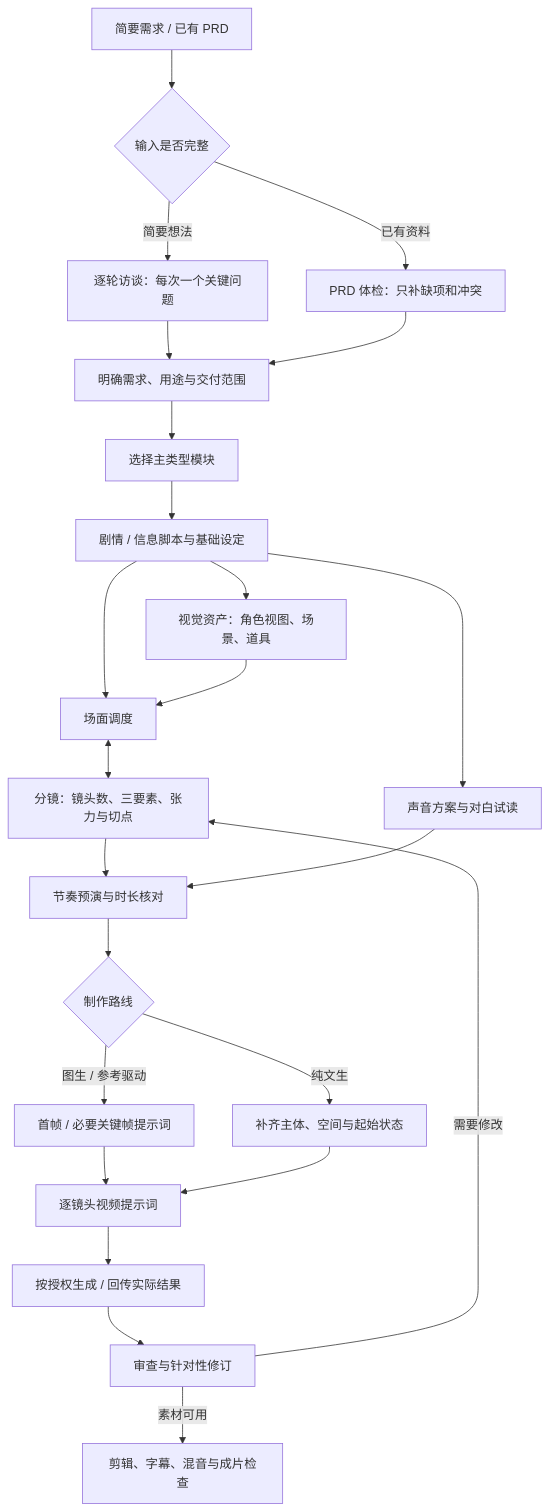
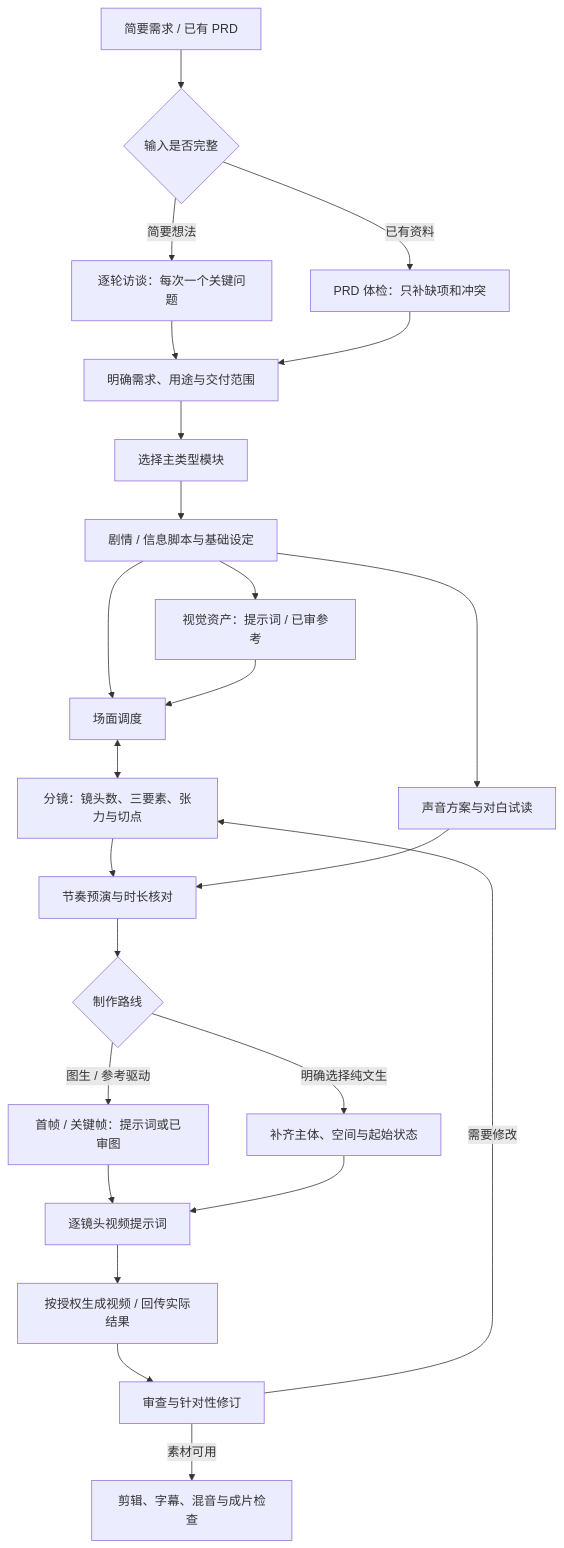
The diagram in README.md (nanjiang976-ui/AIGC_Lab), drawn with Mermaid before and after one commit. The commit also changed other lines of this file and 27 other files, not shown here.

````diff
--- a/README.md
+++ b/README.md
@@ -38,26 +38,26 @@
 ```mermaid
 flowchart TD
     A["简要需求 / 已有 PRD"] --> B{"输入是否完整"}
     B -->|"简要想法"| C["逐轮访谈：每次一个关键问题"]
     B -->|"已有资料"| D["PRD 体检：只补缺项和冲突"]
     C --> E["明确需求、用途与交付范围"]
     D --> E
     E --> M["选择主类型模块"]
     M --> F["剧情 / 信息脚本与基础设定"]
-    F --> G["视觉资产：角色视图、场景、道具"]
+    F --> G["视觉资产：提示词 / 已审参考"]
     F --> H["场面调度"]
     G --> H
     H <--> I["分镜：镜头数、三要素、张力与切点"]
     F --> S["声音方案与对白试读"]
     I --> J["节奏预演与时长核对"]
     S --> J
     J --> K{"制作路线"}
-    K -->|"图生 / 参考驱动"| L["首帧 / 必要关键帧提示词"]
-    K -->|"纯文生"| N["补齐主体、空间与起始状态"]
+    K -->|"图生 / 参考驱动"| L["首帧 / 关键帧：提示词或已审图"]
+    K -->|"明确选择纯文生"| N["补齐主体、空间与起始状态"]
     L --> O["逐镜头视频提示词"]
     N --> O
-    O --> P["按授权生成 / 回传实际结果"]
+    O --> P["按授权生成视频 / 回传实际结果"]
     P --> Q["审查与针对性修订"]
     Q -->|"需要修改"| I
     Q -->|"素材可用"| R["剪辑、字幕、混音与成片检查"]
 ```
````
